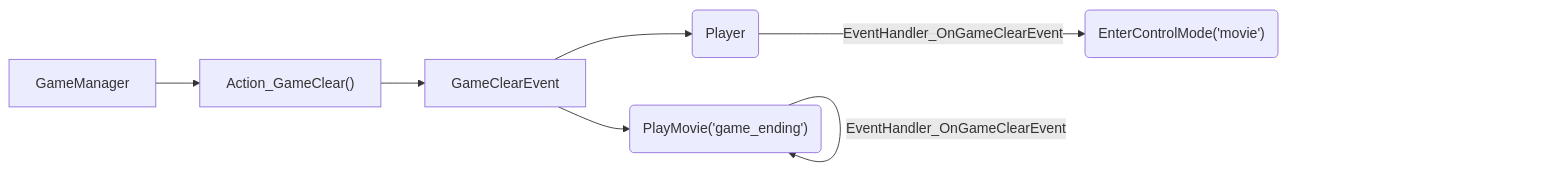
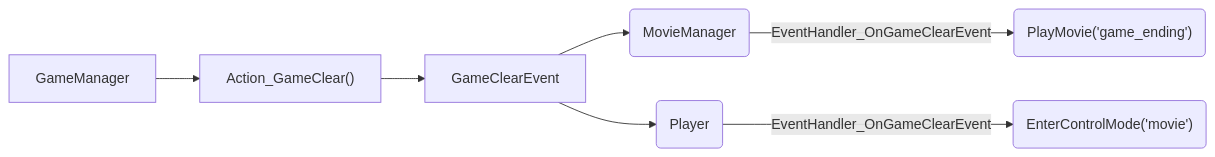
The second of 2 diagrams in EventFlow.md (gsg-jay/GamePatterns), drawn with Mermaid before and after one commit.

````diff
--- a/EventFlow.md
+++ b/EventFlow.md
@@ -16,8 +16,8 @@
 ```mermaid
 flowchart LR;
 gm["GameManager"]
 gm-->gc["Action_GameClear()"]
 gc-->e["GameClearEvent"]
-e-->mvm("MovieManager")-->|EventHandler_OnGameClearEvent|mvm("PlayMovie('game_ending')")
+e-->mvm("MovieManager")-->|EventHandler_OnGameClearEvent|mvmeh("PlayMovie('game_ending')")
 e-->p("Player")-->|EventHandler_OnGameClearEvent|peh("EnterControlMode('movie')")
 ```
````
